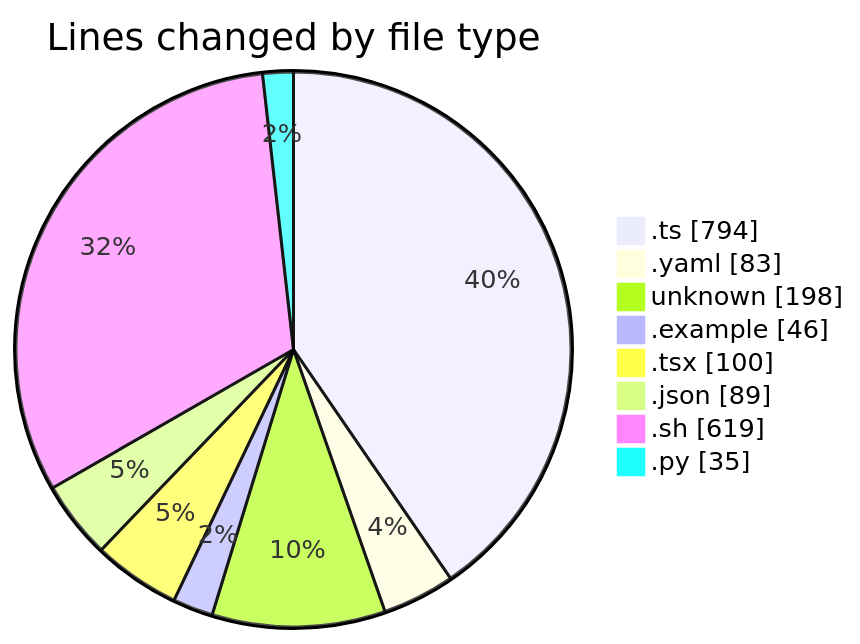
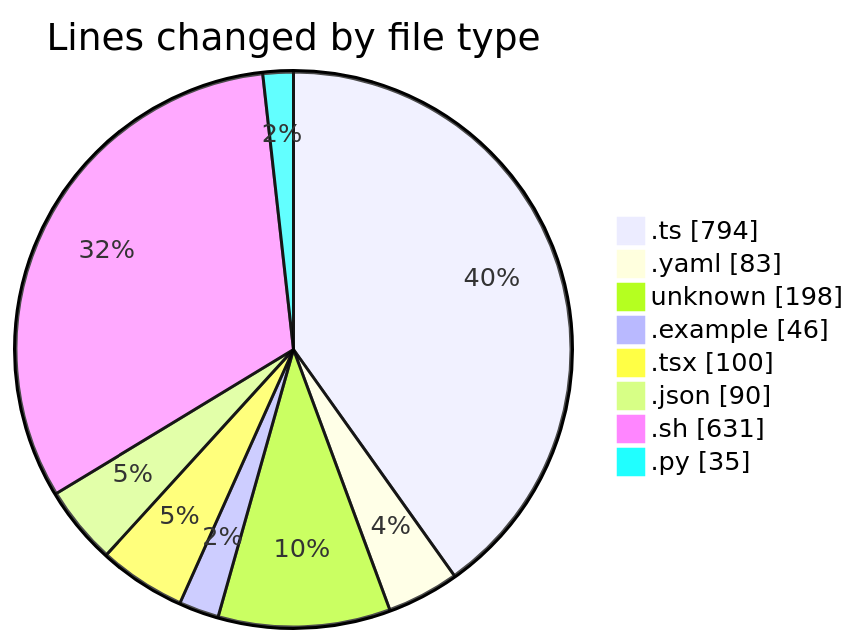
Before and after one commit to mevix1/code-tracking: the first of 2 diagrams in 2025-10-01/open-health/README.md, drawn with Mermaid. The commit also changed other lines of this file and 1 other file, not shown here.

````diff
--- a/2025-10-01/open-health/README.md
+++ b/2025-10-01/open-health/README.md
@@ -49,12 +52,12 @@
 ```mermaid
 pie showData
 title Lines changed by file type
 ".ts" : 794
 ".yaml" : 83
 "unknown" : 198
 ".example" : 46
 ".tsx" : 100
-".json" : 89
-".sh" : 619
+".json" : 90
+".sh" : 631
 ".py" : 35
 ```
````
